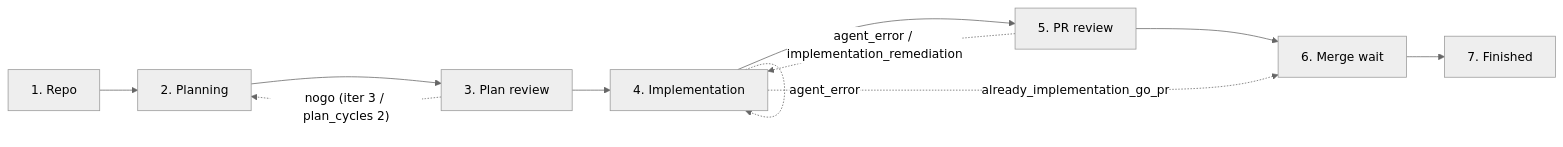
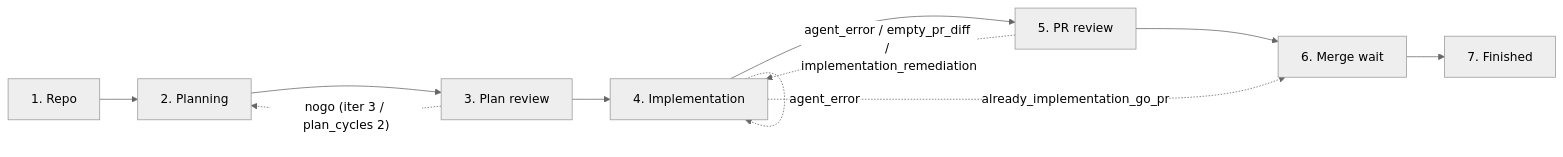
One commit to HomericIntelligence/Hephaestus changed the first of 16 diagrams in docs/architecture.md. Above: the diagram before and after it, drawn with Mermaid (neutral theme). The commit also changed other lines of this file and 11 other files, not shown here.

````diff
--- a/docs/architecture.md
+++ b/docs/architecture.md
@@ -149,14 +149,14 @@
 ```mermaid
 flowchart LR
     repo["1. Repo"] --> planning["2. Planning"]
     planning --> plan_review["3. Plan review"]
     plan_review --> implementation["4. Implementation"]
     implementation --> pr_review["5. PR review"]
     pr_review --> merge_wait["6. Merge wait"]
     merge_wait --> finished["7. Finished"]
 
     plan_review -. "nogo (iter 3 / plan_cycles 2)" .-> planning
     implementation -. "agent_error" .-> implementation
-    pr_review -. "agent_error / implementation_remediation" .-> implementation
+    pr_review -. "agent_error / empty_pr_diff / implementation_remediation" .-> implementation
     implementation -. "already_implementation_go_pr" .-> merge_wait
 ```
````
